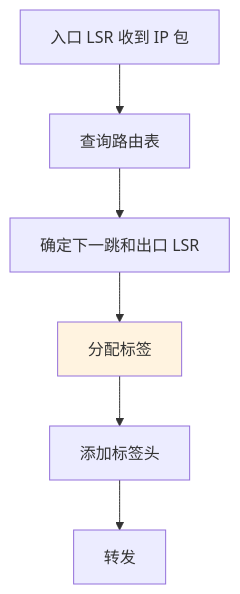
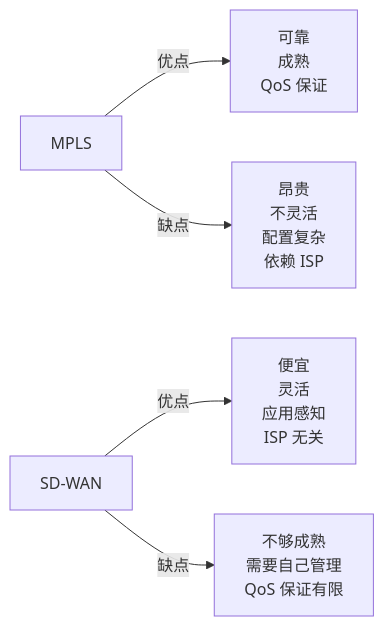
The third of 3 diagrams in docs/guide/advanced/mpls.md (SKT-Shurima/NetworkMastery), drawn with Mermaid before and after one commit. The commit also changed other lines of this file and 8 other files, not shown here.

First line of the commit message:
重构核心 8 篇文章：深化 TCP/IP、OSI、路由、DNS、BGP、MPLS、IPSec、SD-WAN

````diff
--- a/docs/guide/advanced/mpls.md
+++ b/docs/guide/advanced/mpls.md
@@ -65,10 +239,8 @@
 ```mermaid
-graph TB
-    A["入口 LSR 收到 IP 包"] --> B["查询路由表"]
-    B --> C["确定下一跳和出口 LSR"]
-    C --> D["分配标签"]
-    D --> E["添加标签头"]
-    E --> F["转发"]
+graph LR
+    A["MPLS"] -->|优点| B["可靠<br/>成熟<br/>QoS 保证"]
+    A -->|缺点| C["昂贵<br/>不灵活<br/>配置复杂<br/>依赖 ISP"]
     
-    style D fill:#fff3e0
+    D["SD-WAN"] -->|优点| E["便宜<br/>灵活<br/>应用感知<br/>ISP 无关"]
+    D -->|缺点| F["不够成熟<br/>需要自己管理<br/>QoS 保证有限"]
 ```
````
